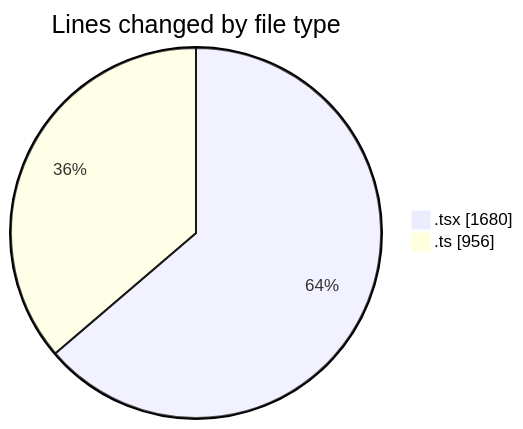
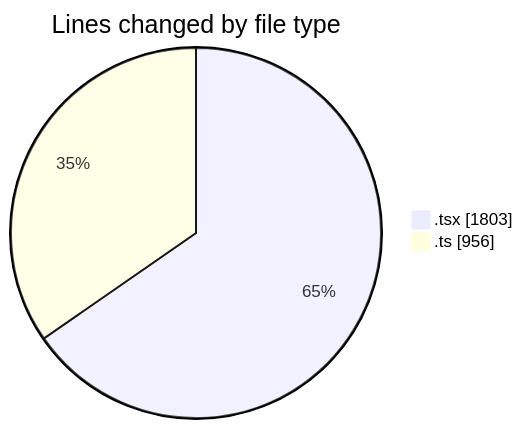
One commit to julien-gomy/code-tracking changed the first of 2 diagrams in 2025-10-15/eventscop-frontend-guide__workspace_/README.md. Above: the diagram before and after it, drawn with Mermaid. The commit also changed other lines of this file and 1 other file, not shown here.

````diff
--- a/2025-10-15/eventscop-frontend-guide__workspace_/README.md
+++ b/2025-10-15/eventscop-frontend-guide__workspace_/README.md
@@ -33,6 +34,6 @@
 ```mermaid
 pie showData
 title Lines changed by file type
-".tsx" : 1680
+".tsx" : 1803
 ".ts" : 956
 ```
````
